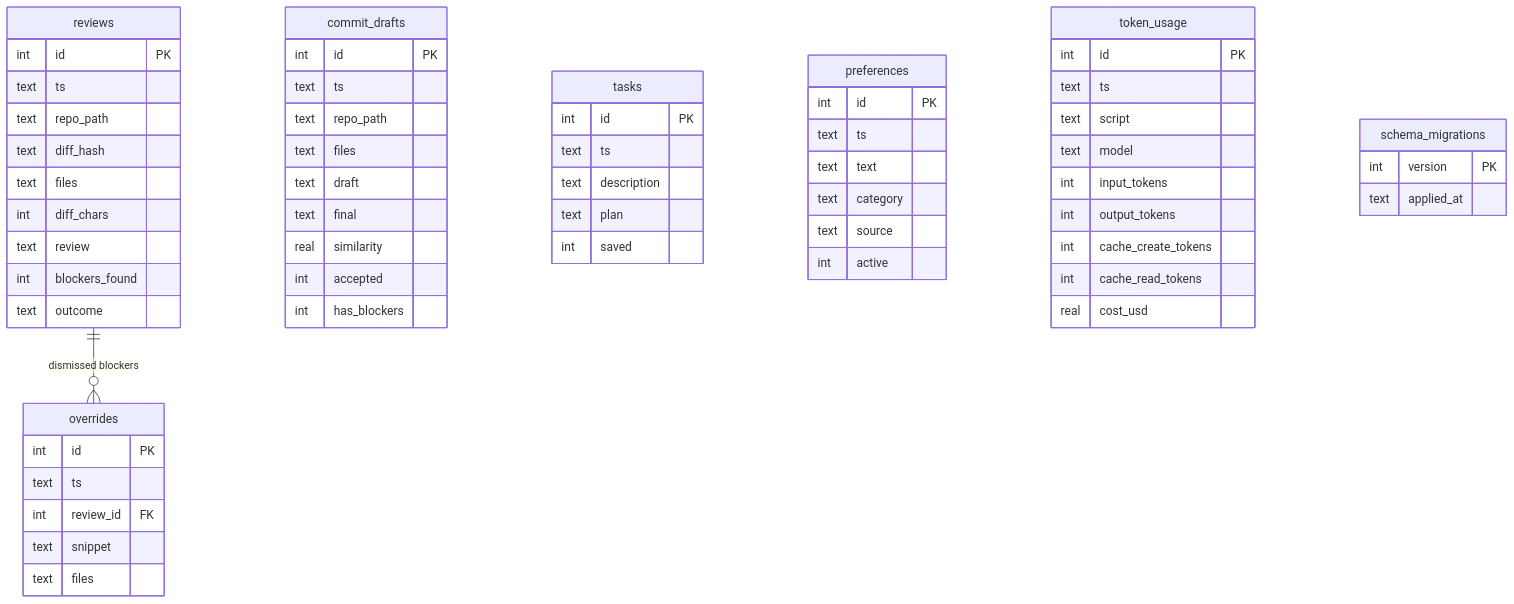
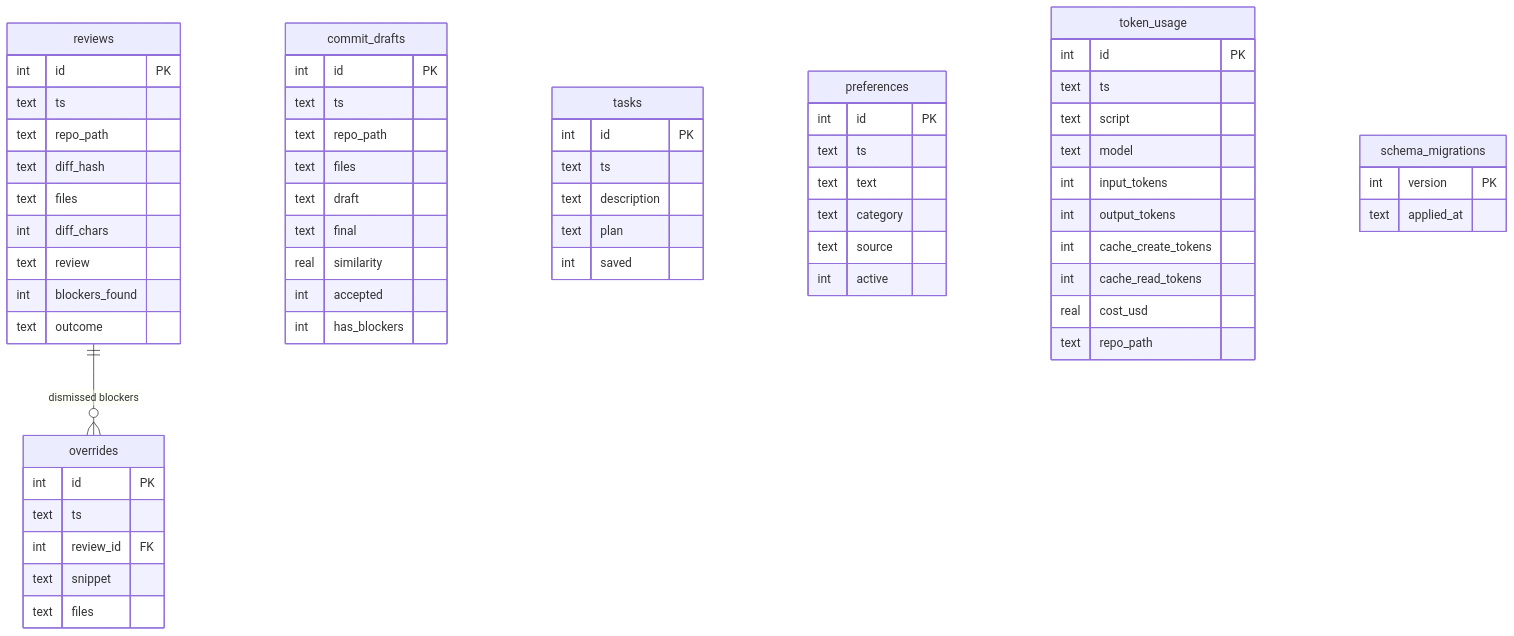
Before and after one commit to TcgVanguardTroll/Tiramisu: the fifth of 7 diagrams in docs/DESIGN.md, drawn with Mermaid. The commit also changed other lines of this file and 4 other files, not shown here.

First line of the commit message:
docs: sync DESIGN.md + README with architecture changes

````diff
--- a/docs/DESIGN.md
+++ b/docs/DESIGN.md
@@ -100,64 +142,65 @@
 ```mermaid
 erDiagram
     reviews {
         int id PK
         text ts
         text repo_path
         text diff_hash
         text files
         int diff_chars
         text review
         int blockers_found
         text outcome
     }
     overrides {
         int id PK
         text ts
         int review_id FK
         text snippet
         text files
     }
     commit_drafts {
         int id PK
         text ts
         text repo_path
         text files
         text draft
         text final
         real similarity
         int accepted
         int has_blockers
     }
     tasks {
         int id PK
         text ts
         text description
         text plan
         int saved
     }
     preferences {
         int id PK
         text ts
         text text
         text category
         text source
         int active
     }
     token_usage {
         int id PK
         text ts
         text script
         text model
         int input_tokens
         int output_tokens
         int cache_create_tokens
         int cache_read_tokens
         real cost_usd
+        text repo_path
     }
     schema_migrations {
         int version PK
         text applied_at
     }
 
     reviews ||--o{ overrides : "dismissed blockers"
 ```
````
